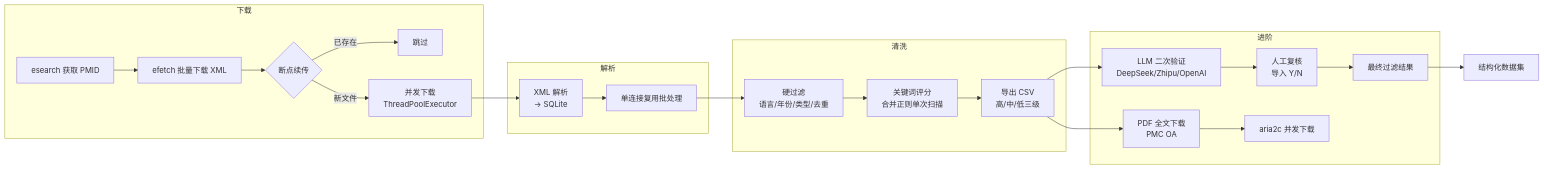
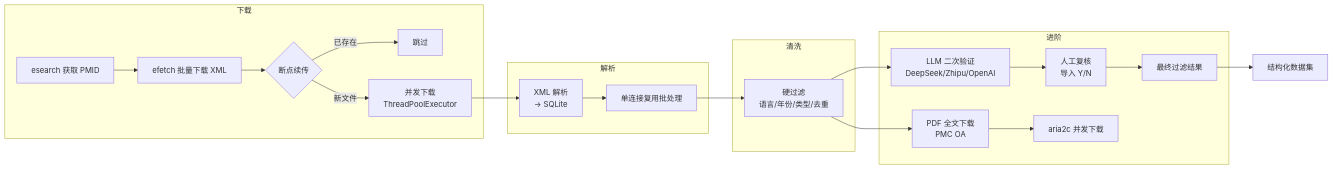
The diagram in README.md (Nine-Days06/Potato-Literature-Search), drawn with Mermaid before and after one commit. The commit also changed other lines of this file and 7 other files, not shown here.

````diff
--- a/README.md
+++ b/README.md
@@ -67,30 +63,29 @@
 ```mermaid
 flowchart LR
     subgraph 下载
         A[esearch 获取 PMID] --> B[efetch 批量下载 XML]
         B --> C{断点续传}
         C -->|已存在| D[跳过]
         C -->|新文件| E[并发下载<br>ThreadPoolExecutor]
     end
 
     subgraph 解析
         F[XML 解析<br>→ SQLite] --> G[单连接复用批处理]
     end
 
     subgraph 清洗
-        H[硬过滤<br>语言/年份/类型/去重] --> I[关键词评分<br>合并正则单次扫描]
-        I --> J[导出 CSV<br>高/中/低三级]
+        H[硬过滤<br>语言/年份/类型/去重]
     end
 
     subgraph 进阶
-        K[LLM 二次验证<br>DeepSeek/Zhipu/OpenAI] --> L[人工复核<br>导入 Y/N]
-        L --> M[最终过滤结果]
-        N[PDF 全文下载<br>PMC OA] --> O[aria2c 并发下载]
+        I[LLM 二次验证<br>DeepSeek/Zhipu/OpenAI] --> J[人工复核<br>导入 Y/N]
+        J --> K[最终过滤结果]
+        L[PDF 全文下载<br>PMC OA] --> M[aria2c 并发下载]
     end
 
     E --> F
     G --> H
-    J --> K
-    J --> N
-    M --> P[结构化数据集]
+    H --> I
+    H --> L
+    K --> N[结构化数据集]
 ```
````
